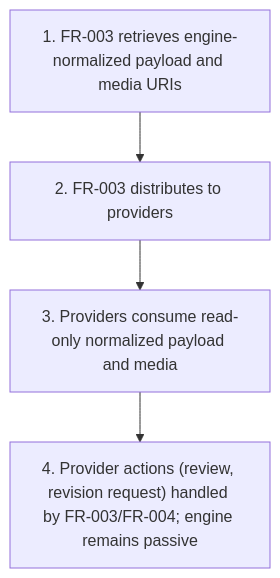
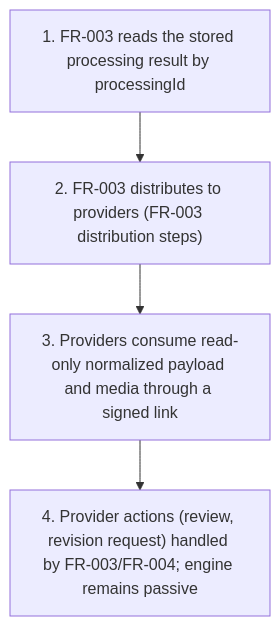
The fifth of 6 diagrams in project-requirements/functional-requirements/fr002-medical-history/prd.md (joachimtrungtuan/hairline-pm-docs), drawn with Mermaid before and after one commit. The commit also changed other lines of this file and 5 other files, not shown here.

Commit message:
docs(fr002): apply logic review pass 1 fixes to PRD and graph

````diff
--- a/project-requirements/functional-requirements/fr002-medical-history/prd.md
+++ b/project-requirements/functional-requirements/fr002-medical-history/prd.md
@@ -131,6 +144,6 @@
 ```mermaid
 flowchart TD
-  S1["1. FR-003 retrieves engine-normalized payload and media URIs"] --> S2["2. FR-003 distributes to providers"]
-  S2 --> S3["3. Providers consume read-only normalized payload and media"]
+  S1["1. FR-003 reads the stored processing result by processingId"] --> S2["2. FR-003 distributes to providers (FR-003 distribution steps)"]
+  S2 --> S3["3. Providers consume read-only normalized payload and media through a signed link"]
   S3 --> S4["4. Provider actions (review, revision request) handled by FR-003/FR-004; engine remains passive"]
 ```
````
